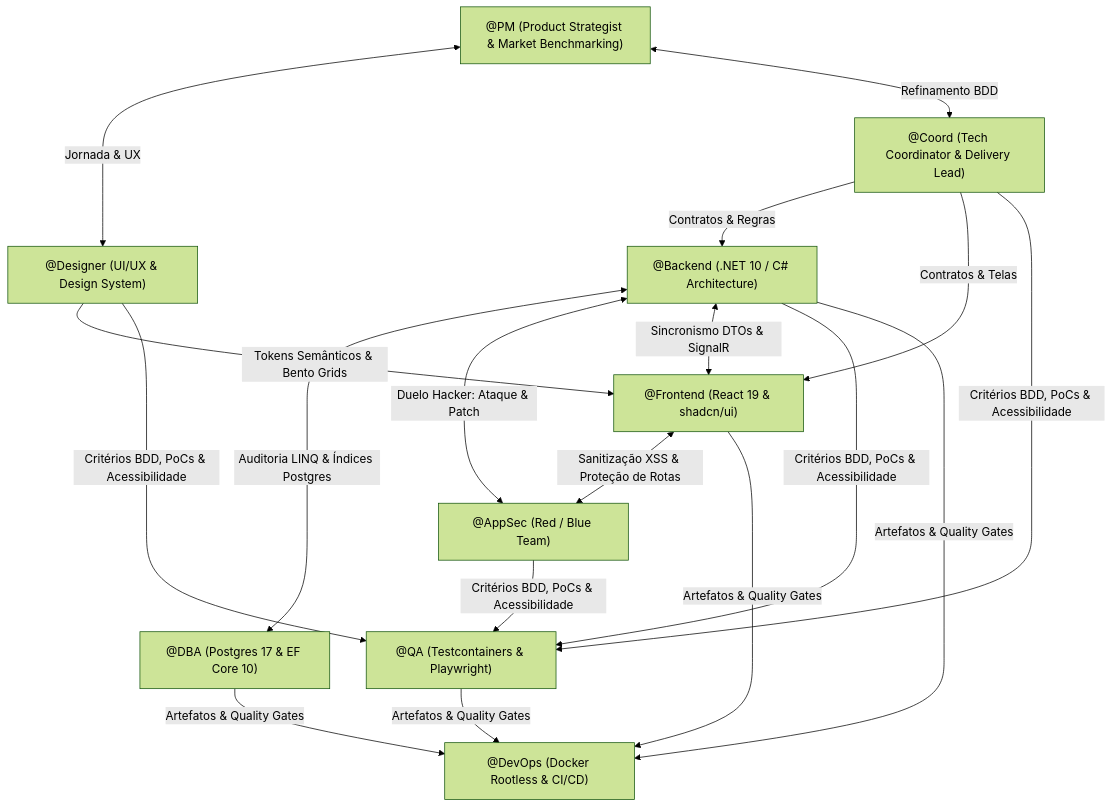
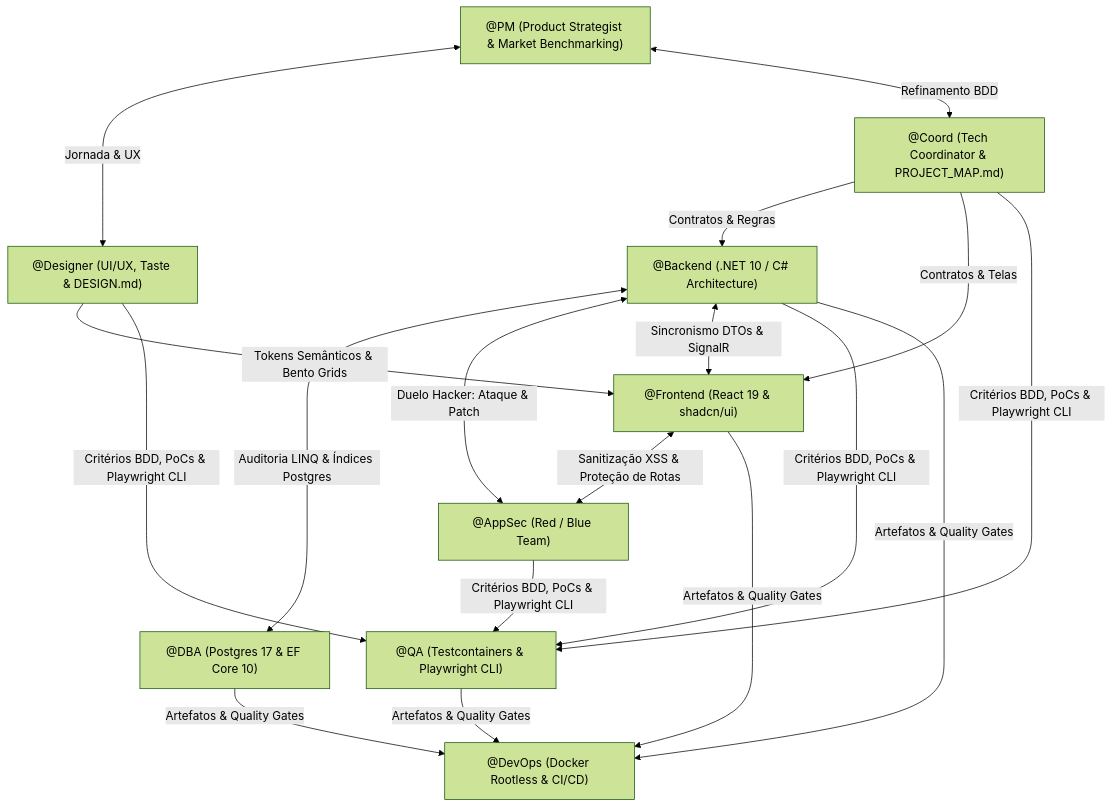
One commit to barretojr/antigravity-squad changed the first of 2 diagrams in README.md. Above: the diagram before and after it, drawn with Mermaid (forest theme). The commit also changed other lines of this file and 7 other files, not shown here.

Commit message:
feat(squad): integrate taste-skill, DESIGN.md, playwright-cli and PROJECT_MAP token-saving engine

````diff
--- a/README.md
+++ b/README.md
@@ -16,14 +17,14 @@
 ```mermaid
 flowchart TD
-    PM["@PM (Product Strategist & Market Benchmarking)"] <-->|"Jornada & UX"| Designer["@Designer (UI/UX & Design System)"]
-    PM <-->|"Refinamento BDD"| Coord["@Coord (Tech Coordinator & Delivery Lead)"]
+    PM["@PM (Product Strategist & Market Benchmarking)"] <-->|"Jornada & UX"| Designer["@Designer (UI/UX, Taste & DESIGN.md)"]
+    PM <-->|"Refinamento BDD"| Coord["@Coord (Tech Coordinator & PROJECT_MAP.md)"]
     Designer -->|"Tokens Semânticos & Bento Grids"| Frontend["@Frontend (React 19 & shadcn/ui)"]
     Coord -->|"Contratos & Regras"| Backend["@Backend (.NET 10 / C# Architecture)"]
     Coord -->|"Contratos & Telas"| Frontend
     Backend <-->|"Auditoria LINQ & Índices Postgres"| DBA["@DBA (Postgres 17 & EF Core 10)"]
     Backend <-->|"Duelo Hacker: Ataque & Patch"| AppSec["@AppSec (Red / Blue Team)"]
     Frontend <-->|"Sanitização XSS & Proteção de Rotas"| AppSec
     Backend <-->|"Sincronismo DTOs & SignalR"| Frontend
-    Coord & AppSec & Backend & Designer -->|"Critérios BDD, PoCs & Acessibilidade"| QA["@QA (Testcontainers & Playwright)"]
+    Coord & AppSec & Backend & Designer -->|"Critérios BDD, PoCs & Playwright CLI"| QA["@QA (Testcontainers & Playwright CLI)"]
     DBA & Backend & Frontend & QA -->|"Artefatos & Quality Gates"| DevOps["@DevOps (Docker Rootless & CI/CD)"]
 ```
````
